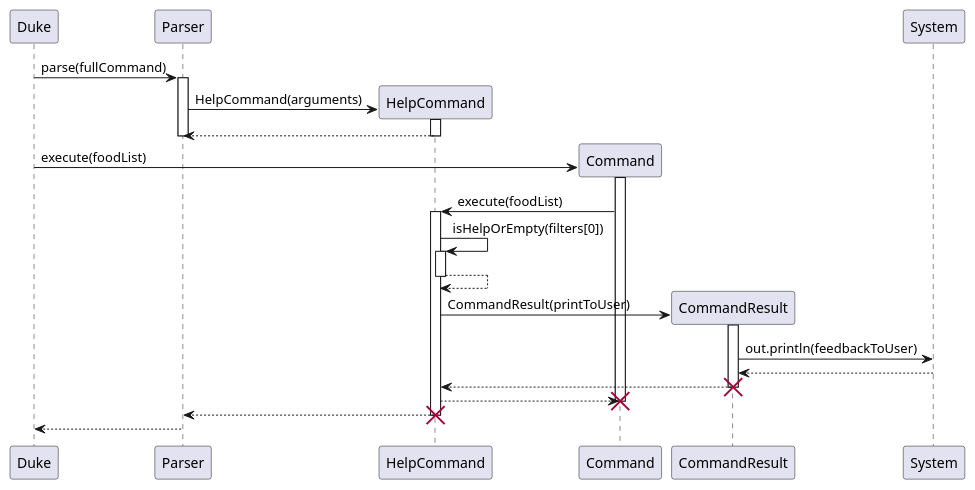
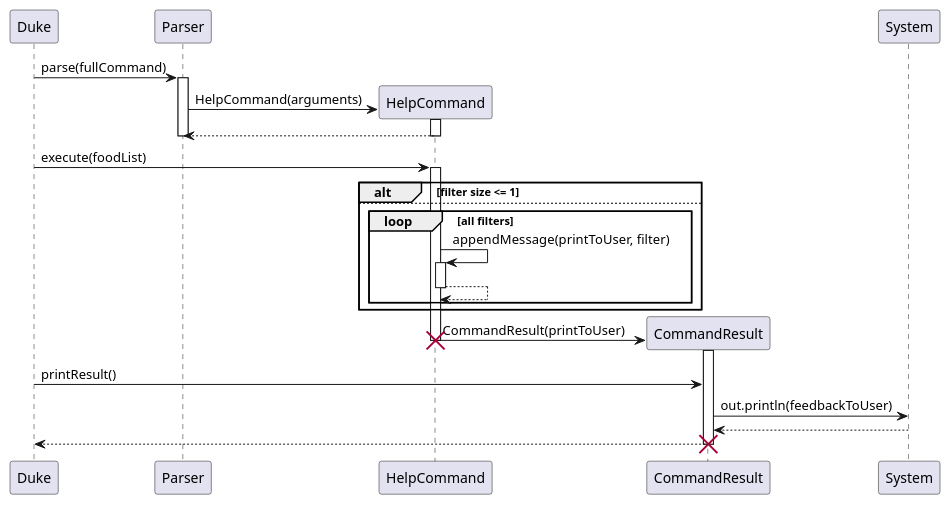
The diagram in docs/puml/HelpCommandSequenceDiagram.puml (tsx0314/tp), drawn with PlantUML before and after one commit. The commit also changed 4 other files, not shown here.

Commit message:
Update developer guide for HelpCommand

```diff
--- a/docs/puml/HelpCommandSequenceDiagram.puml
+++ b/docs/puml/HelpCommandSequenceDiagram.puml
@@ -1,46 +1,47 @@
 @startuml
 'https://plantuml.com/sequence-diagram
 
 
 
 Duke -> Parser: parse(fullCommand)
 activate Parser
 
 create HelpCommand as hc
 hc <- Parser : HelpCommand(arguments)
 activate hc
 hc --> Parser
 deactivate hc
 deactivate Parser
 
-create Command as c
-Duke -> c : execute(foodList)
-activate c
 
-c -> hc : execute(foodList)
+
+Duke -> hc : execute(foodList)
 activate hc
-hc -> hc : isHelpOrEmpty(filters[0])
+
+alt filter size <= 1
+
+else
+loop all filters
+hc -> hc : appendMessage(printToUser, filter)
 activate hc
 hc --> hc
 deactivate hc
+end
+end
 
 create CommandResult as cr
 hc -> cr : CommandResult(printToUser)
 activate cr
+deactivate hc
+destroy hc
+
+Duke -> cr: printResult()
 cr->System: out.println(feedbackToUser)
 
 
 System --> cr
-cr --> hc
+cr --> Duke
 deactivate cr
 destroy cr
-hc --> c
-deactivate c
-destroy c
-hc --> Parser
-deactivate hc
-destroy hc
-Parser --> Duke
-deactivate Parser
 
 @enduml
```
